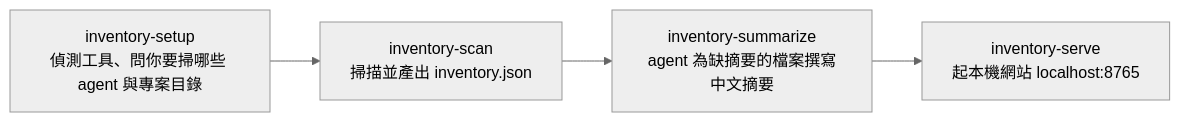
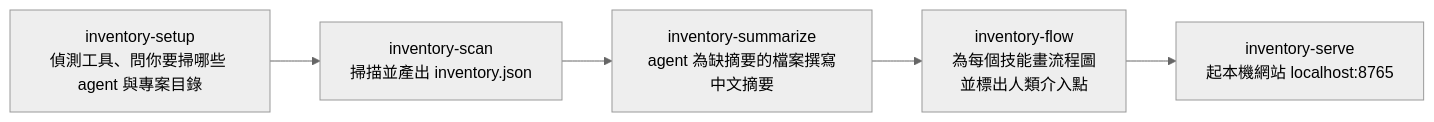
One commit to iamraven-tw/agent-inventory changed the diagram in README.md. Above: the diagram before and after it, drawn with Mermaid (neutral theme). The commit also changed other lines of this file and 11 other files, not shown here.

First line of the commit message:
技能流程圖：Mermaid 圖表區分 AI agent 節點與人類介入點

````diff
--- a/README.md
+++ b/README.md
@@ -23,6 +23,7 @@
 ```mermaid
 flowchart LR
     A[inventory-setup<br/>偵測工具、問你要掃哪些 agent 與專案目錄] --> B[inventory-scan<br/>掃描並產出 inventory.json]
     B --> C[inventory-summarize<br/>agent 為缺摘要的檔案撰寫中文摘要]
-    C --> D[inventory-serve<br/>起本機網站 localhost:8765]
+    C --> D[inventory-flow<br/>為每個技能畫流程圖<br/>並標出人類介入點]
+    D --> E[inventory-serve<br/>起本機網站 localhost:8765]
 ```
````
